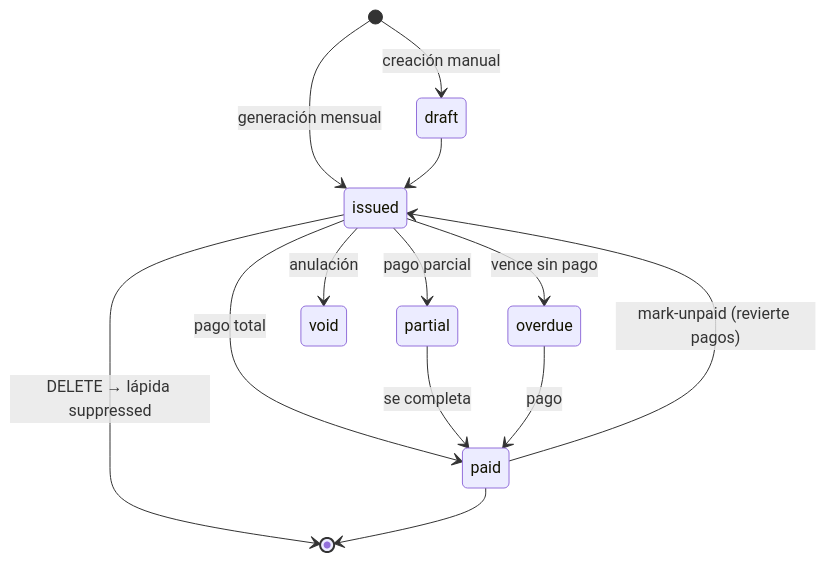
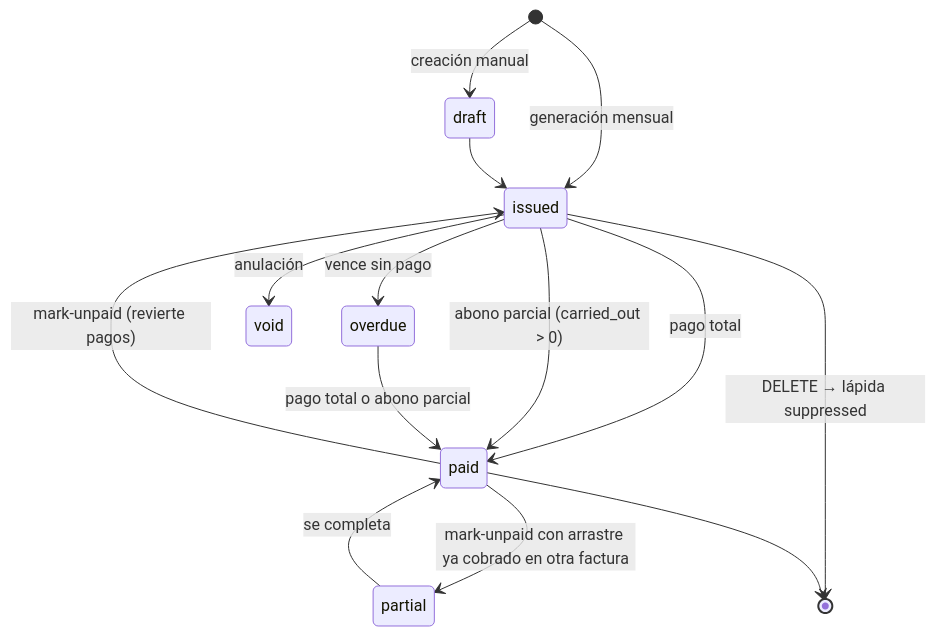
Before and after one commit to ispwatchcol/ISPWatch: the seventh of 7 diagrams in docs/BITACORA_TECNICA.md, drawn with Mermaid. The commit also changed other lines of this file and 28 other files, not shown here.

````diff
--- a/docs/BITACORA_TECNICA.md
+++ b/docs/BITACORA_TECNICA.md
@@ -714,15 +719,16 @@
 ```mermaid
 stateDiagram-v2
     [*] --> draft: creación manual
     [*] --> issued: generación mensual
     draft --> issued
-    issued --> partial: pago parcial
     issued --> paid: pago total
+    issued --> paid: abono parcial (carried_out > 0)
+    issued --> overdue: vence sin pago
+    overdue --> paid: pago total o abono parcial
+    paid --> issued: mark-unpaid (revierte pagos)
+    paid --> partial: mark-unpaid con arrastre ya cobrado en otra factura
     partial --> paid: se completa
-    issued --> overdue: vence sin pago
-    overdue --> paid: pago
-    paid --> issued: mark-unpaid (revierte pagos)
     issued --> void: anulación
     issued --> [*]: DELETE → lápida suppressed
     paid --> [*]
 ```
````
